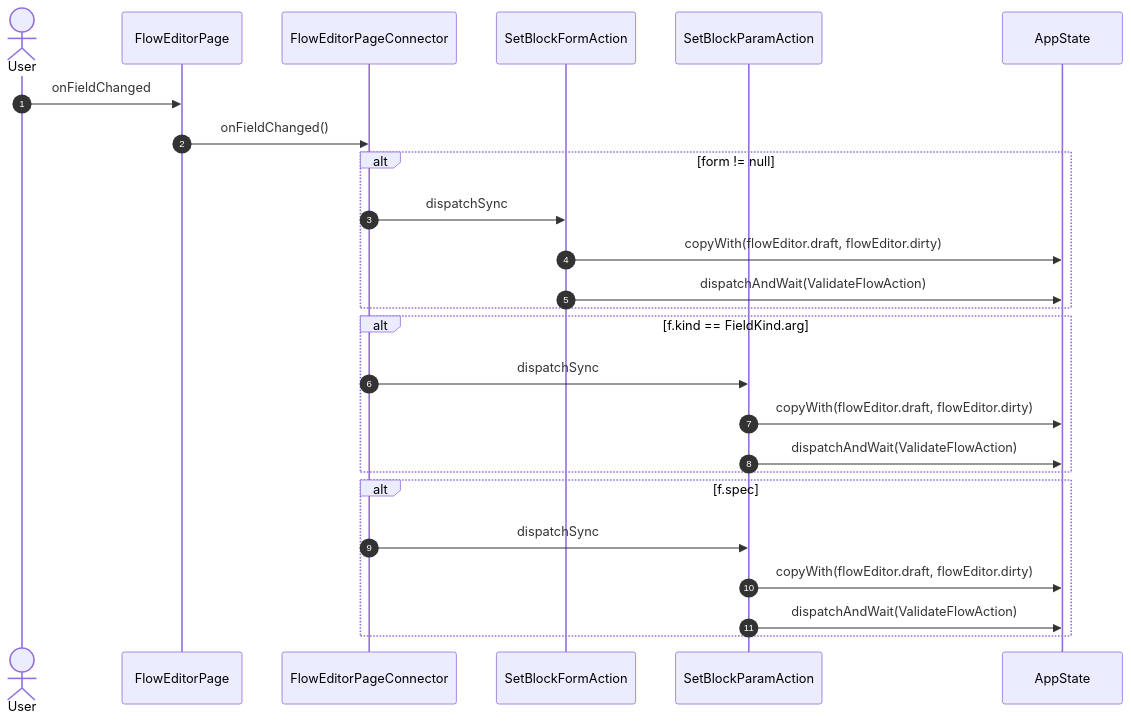
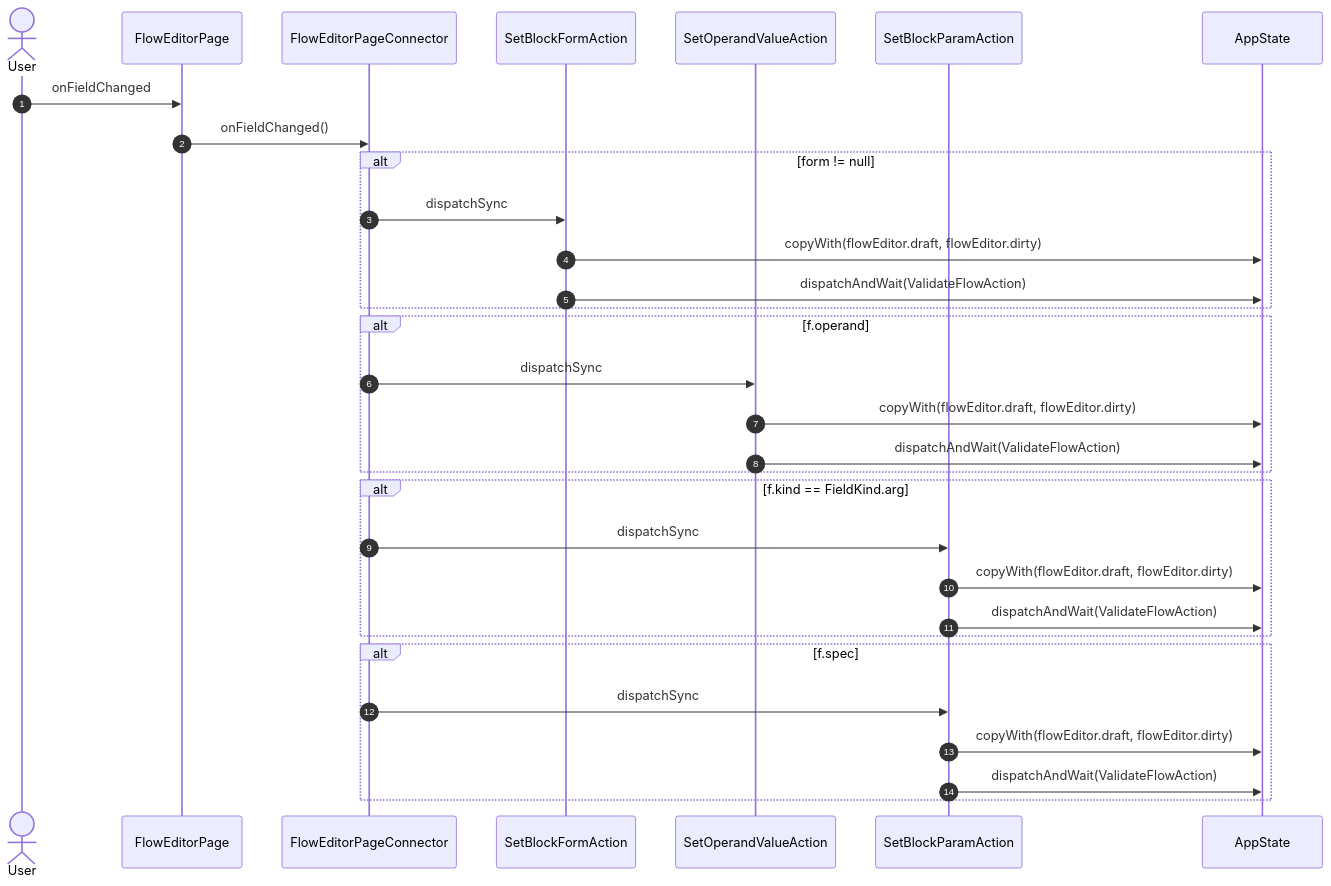
Diagram 16 of 21 in studio/docs/flows/flowEditor.md (gencto/wyrm), drawn with Mermaid before and after one commit. The commit also changed other lines of this file and 26 other files, not shown here.

First line of the commit message:
studio: operands hold a typed value, the case block, new ports

````diff
--- a/studio/docs/flows/flowEditor.md
+++ b/studio/docs/flows/flowEditor.md
@@ -301,28 +301,34 @@
 ```mermaid
 sequenceDiagram
     autonumber
     actor User
     participant UI as FlowEditorPage
     participant VM as FlowEditorPageConnector
     participant A1 as SetBlockFormAction
-    participant A2 as SetBlockParamAction
+    participant A2 as SetOperandValueAction
+    participant A3 as SetBlockParamAction
     participant ST as AppState
 
     User->>UI: onFieldChanged
     UI->>VM: onFieldChanged()
     alt form != null
         VM->>A1: dispatchSync
         A1->>ST: copyWith(flowEditor.draft, flowEditor.dirty)
         A1->>ST: dispatchAndWait(ValidateFlowAction)
     end
-    alt f.kind == FieldKind.arg
+    alt f.operand
         VM->>A2: dispatchSync
         A2->>ST: copyWith(flowEditor.draft, flowEditor.dirty)
         A2->>ST: dispatchAndWait(ValidateFlowAction)
     end
+    alt f.kind == FieldKind.arg
+        VM->>A3: dispatchSync
+        A3->>ST: copyWith(flowEditor.draft, flowEditor.dirty)
+        A3->>ST: dispatchAndWait(ValidateFlowAction)
+    end
     alt f.spec
-        VM->>A2: dispatchSync
-        A2->>ST: copyWith(flowEditor.draft, flowEditor.dirty)
-        A2->>ST: dispatchAndWait(ValidateFlowAction)
+        VM->>A3: dispatchSync
+        A3->>ST: copyWith(flowEditor.draft, flowEditor.dirty)
+        A3->>ST: dispatchAndWait(ValidateFlowAction)
     end
 ```
````
